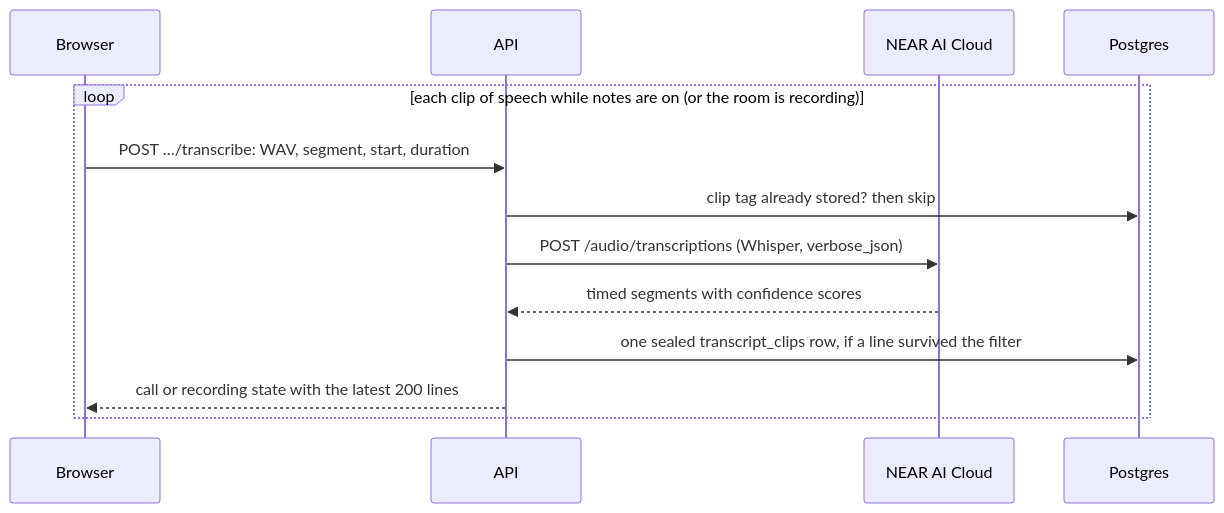
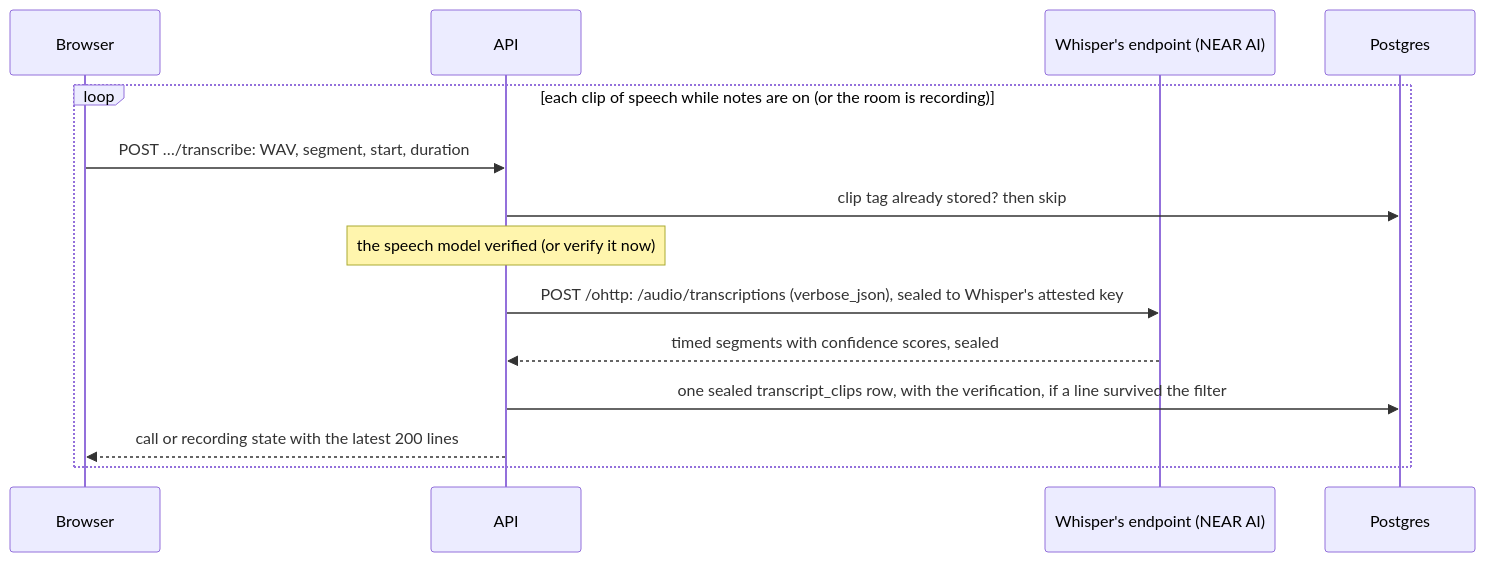
The diagram in docs/engineering/notes-and-inference.md (thebakedalaskan/alcove-solutions), drawn with Mermaid before and after one commit. The commit also changed other lines of this file and 36 other files, not shown here.

First line of the commit message:
feat: verified private inference with NEAR AI

````diff
--- a/docs/engineering/notes-and-inference.md
+++ b/docs/engineering/notes-and-inference.md
@@ -41,15 +132,16 @@
 ```mermaid
 sequenceDiagram
     participant B as Browser
     participant A as API
-    participant N as NEAR AI Cloud
+    participant N as Whisper's endpoint (NEAR AI)
     participant D as Postgres
     loop each clip of speech while notes are on (or the room is recording)
       B->>A: POST …/transcribe: WAV, segment, start, duration
       A->>D: clip tag already stored? then skip
-      A->>N: POST /audio/transcriptions (Whisper, verbose_json)
-      N-->>A: timed segments with confidence scores
-      A->>D: one sealed transcript_clips row, if a line survived the filter
+      Note over A: the speech model verified (or verify it now)
+      A->>N: POST /ohttp: /audio/transcriptions (verbose_json), sealed to Whisper's attested key
+      N-->>A: timed segments with confidence scores, sealed
+      A->>D: one sealed transcript_clips row, with the verification, if a line survived the filter
       A-->>B: call or recording state with the latest 200 lines
     end
 ```
````
